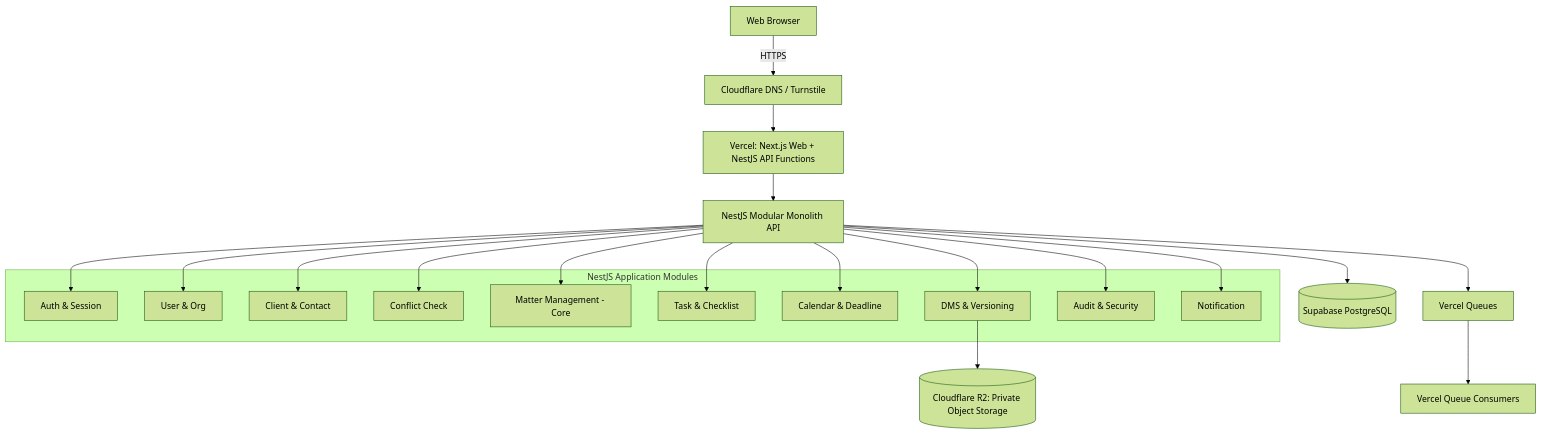
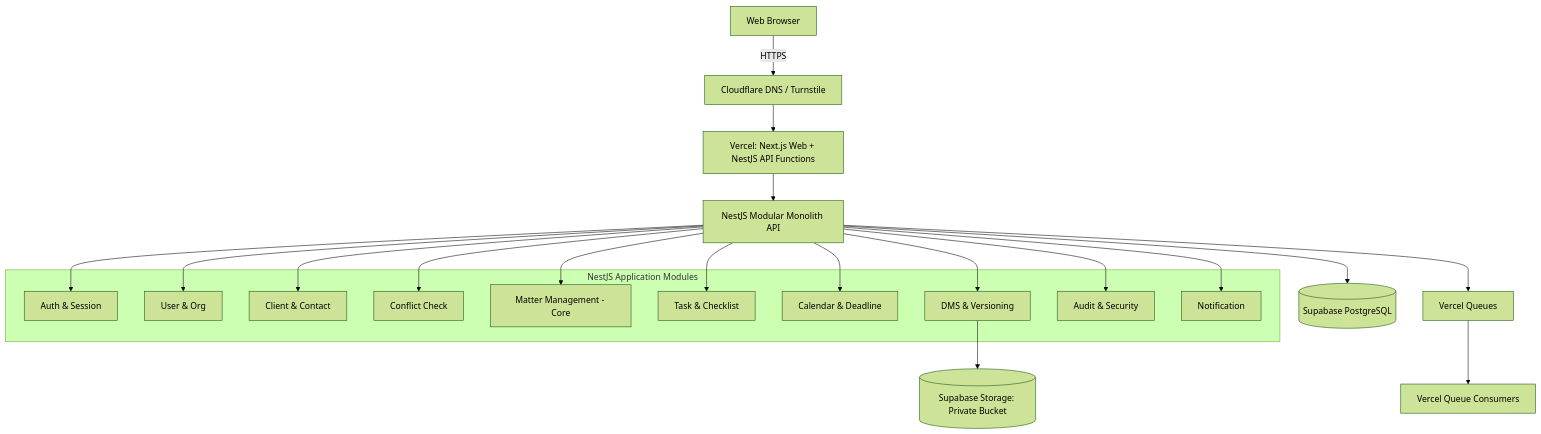
One commit to phananhz/Law-Firm-Practice-Management changed the diagram in docs/architecture/architecture.md. Above: the diagram before and after it, drawn with Mermaid (forest theme). The commit also changed other lines of this file and 26 other files, not shown here.

Commit message:
feat: use Supabase Storage for private documents

````diff
--- a/docs/architecture/architecture.md
+++ b/docs/architecture/architecture.md
@@ -6,35 +6,35 @@
 ```mermaid
 graph TD
     Client[Web Browser] -->|HTTPS| CF[Cloudflare DNS / Turnstile]
     CF --> Vercel[Vercel: Next.js Web + NestJS API Functions]
     Vercel --> API[NestJS Modular Monolith API]
     
     subgraph "NestJS Application Modules"
         AuthMod[Auth & Session]
         UserMod[User & Org]
         ClientMod[Client & Contact]
         ConflictMod[Conflict Check]
         MatterMod[Matter Management - Core]
         TaskMod[Task & Checklist]
         CalMod[Calendar & Deadline]
         DocMod[DMS & Versioning]
         AuditMod[Audit & Security]
         NotifyMod[Notification]
     end
     
     API --> AuthMod
     API --> UserMod
     API --> ClientMod
     API --> ConflictMod
     API --> MatterMod
     API --> TaskMod
     API --> CalMod
     API --> DocMod
     API --> AuditMod
     API --> NotifyMod
 
-    DocMod --> R2[(Cloudflare R2: Private Object Storage)]
+    DocMod --> Storage[(Supabase Storage: Private Bucket)]
     API --> PG[(Supabase PostgreSQL)]
     API --> Queue[Vercel Queues]
     Queue --> Worker[Vercel Queue Consumers]
 ```
````
